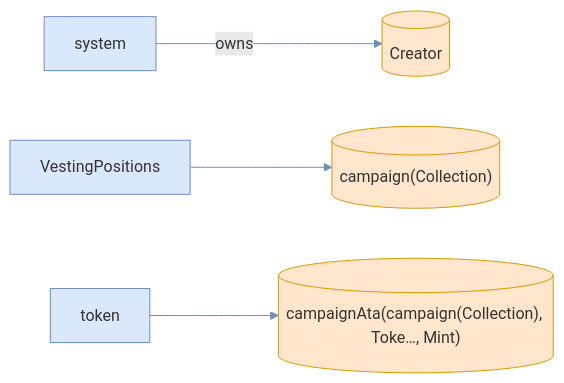
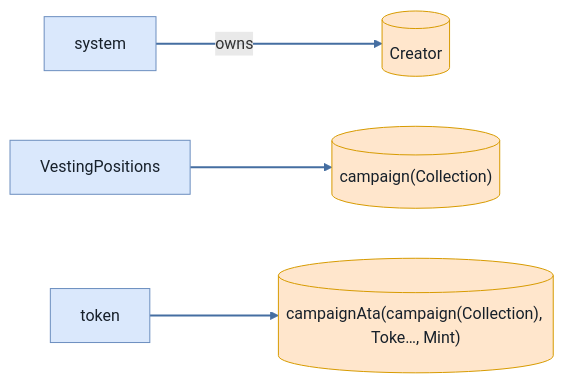
One commit to cds-turbin3/vesting-position changed the sixth of 6 diagrams in babelfish-tests/test-report/close_campaign_fails_when_vault_not_empty.md. Above: the diagram before and after it, drawn with Mermaid. The commit also changed other lines of this file and 106 other files, not shown here.

````diff
--- a/babelfish-tests/test-report/close_campaign_fails_when_vault_not_empty.md
+++ b/babelfish-tests/test-report/close_campaign_fails_when_vault_not_empty.md
@@ -233,16 +232,16 @@
 ```mermaid
 flowchart LR
     system["system"]:::program
     Creator[("Creator")]:::state
     VestingPositions["VestingPositions"]:::program
     campaignCollection[("campaign(Collection)")]:::state
     token["token"]:::program
     campaignAtacampaignCollectionTokeMint[("campaignAta(campaign(Collection), Toke…, Mint)")]:::state
     system -->|owns| Creator
     VestingPositions --> campaignCollection
     token --> campaignAtacampaignCollectionTokeMint
-    classDef program fill:#dae8fc,stroke:#6c8ebf;
-    classDef signer fill:#d5e8d4,stroke:#82b366;
-    classDef state fill:#ffe6cc,stroke:#d79b00;
-    linkStyle 0,1,2 stroke:#6c8ebf
+    classDef program fill:#dae8fc,stroke:#6c8ebf,color:#17202a;
+    classDef signer fill:#d5e8d4,stroke:#82b366,color:#17202a;
+    classDef state fill:#ffe6cc,stroke:#d79b00,color:#17202a;
+    linkStyle 0,1,2 stroke:#456ea1,stroke-width:2px
 ```
````
